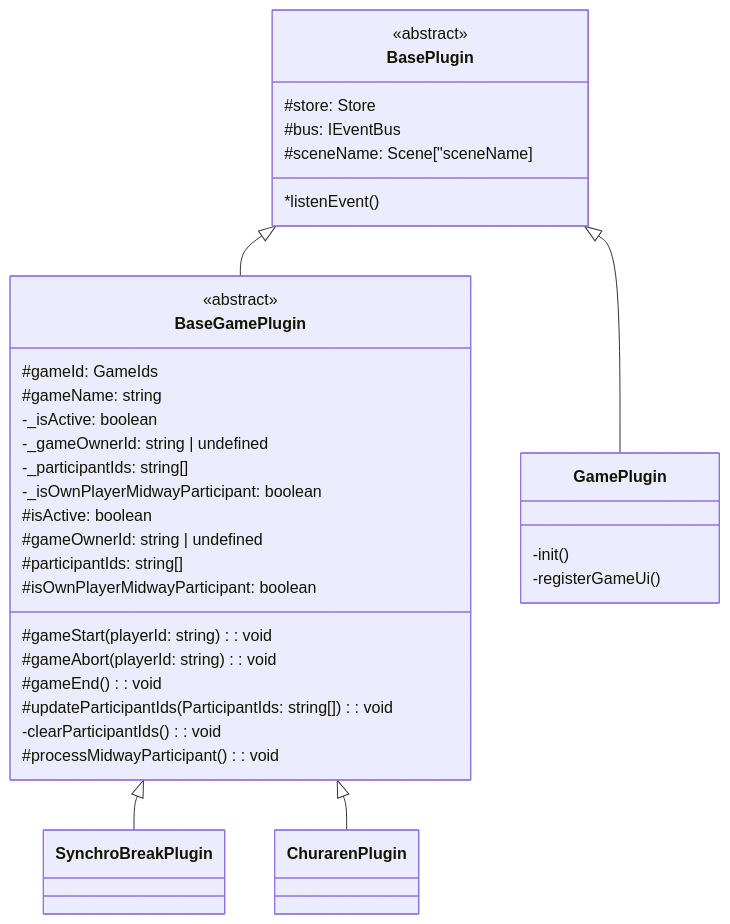
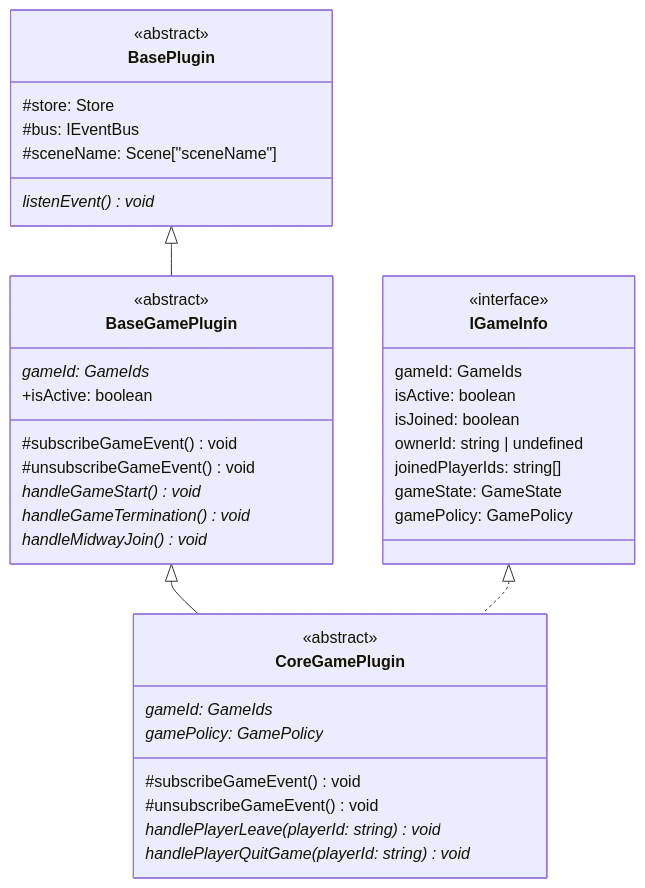
Before and after one commit to churadata/churaverse-plugins: the diagram in churaverse-plugins-client/src/gamePlugin/gamePluginClass.md, drawn with Mermaid. The commit also changed other lines of this file and 3 other files, not shown here.

Commit message:
クラス図とシーケンス図の更新

````diff
--- a/churaverse-plugins-client/src/gamePlugin/gamePluginClass.md
+++ b/churaverse-plugins-client/src/gamePlugin/gamePluginClass.md
@@ -5,51 +4,49 @@
 ```mermaid
 classDiagram
     BasePlugin <|-- BaseGamePlugin
-    BasePlugin <|-- GamePlugin
-    BaseGamePlugin <|-- SynchroBreakPlugin
-    BaseGamePlugin <|-- ChurarenPlugin
+    BaseGamePlugin <|-- CoreGamePlugin
+    IGameInfo <|.. CoreGamePlugin
 
     class BasePlugin {
         <<abstract>>
         #store: Store<Scene>
         #bus: IEventBus<Scene>
-        #sceneName: Scene["sceneName]
+        #sceneName: Scene["sceneName"]
 
-        *listenEvent()
+        listenEvent() void *
     }
-
-    class GamePlugin {
-        -init()
-        -registerGameUi()
+    
+    class IGameInfo {
+        <<interface>>
+        gameId: GameIds
+        isActive: boolean
+        isJoined: boolean
+        ownerId: string | undefined
+        joinedPlayerIds: string[]
+        gameState: GameState
+        gamePolicy: GamePolicy
     }
 
     class BaseGamePlugin {
         <<abstract>>
-        #gameId: GameIds
-        #gameName: string
-        -_isActive: boolean
-        -_gameOwnerId: string | undefined
-        -_participantIds: string[]
-        -_isOwnPlayerMidwayParticipant: boolean
+        gameId: GameIds *
+        +isActive: boolean
 
-        #isActive: boolean
-        #gameOwnerId: string | undefined
-        #participantIds: string[]
-        #isOwnPlayerMidwayParticipant: boolean
-
-        #gameStart(playerId: string): void
-        #gameAbort(playerId: string): void
-        #gameEnd(): void
-        #updateParticipantIds(ParticipantIds: string[]): void
-        -clearParticipantIds(): void
-        #processMidwayParticipant(): void
+        #subscribeGameEvent() void
+        #unsubscribeGameEvent() void
+        handleGameStart() void *
+        handleGameTermination() void *
+        handleMidwayJoin() void *
     }
 
-    class SynchroBreakPlugin {
+    class CoreGamePlugin {
+        <<abstract>>
+        gameId: GameIds *
+        gamePolicy: GamePolicy *
 
-    }
-
-    class ChurarenPlugin {
-
+        #subscribeGameEvent() void
+        #unsubscribeGameEvent() void
+        handlePlayerLeave(playerId: string) void *
+        handlePlayerQuitGame(playerId: string) void *
     }
 ```
````
